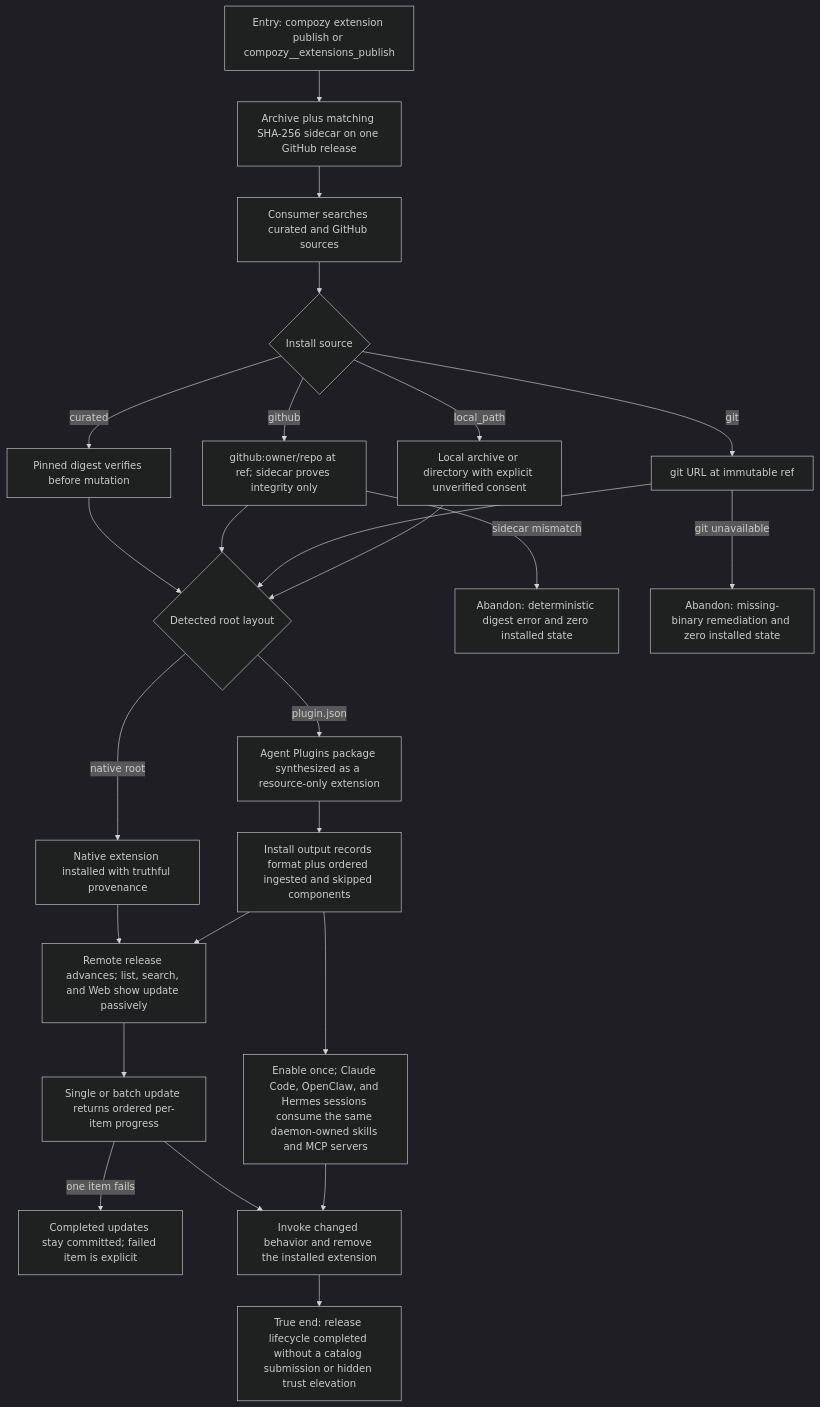
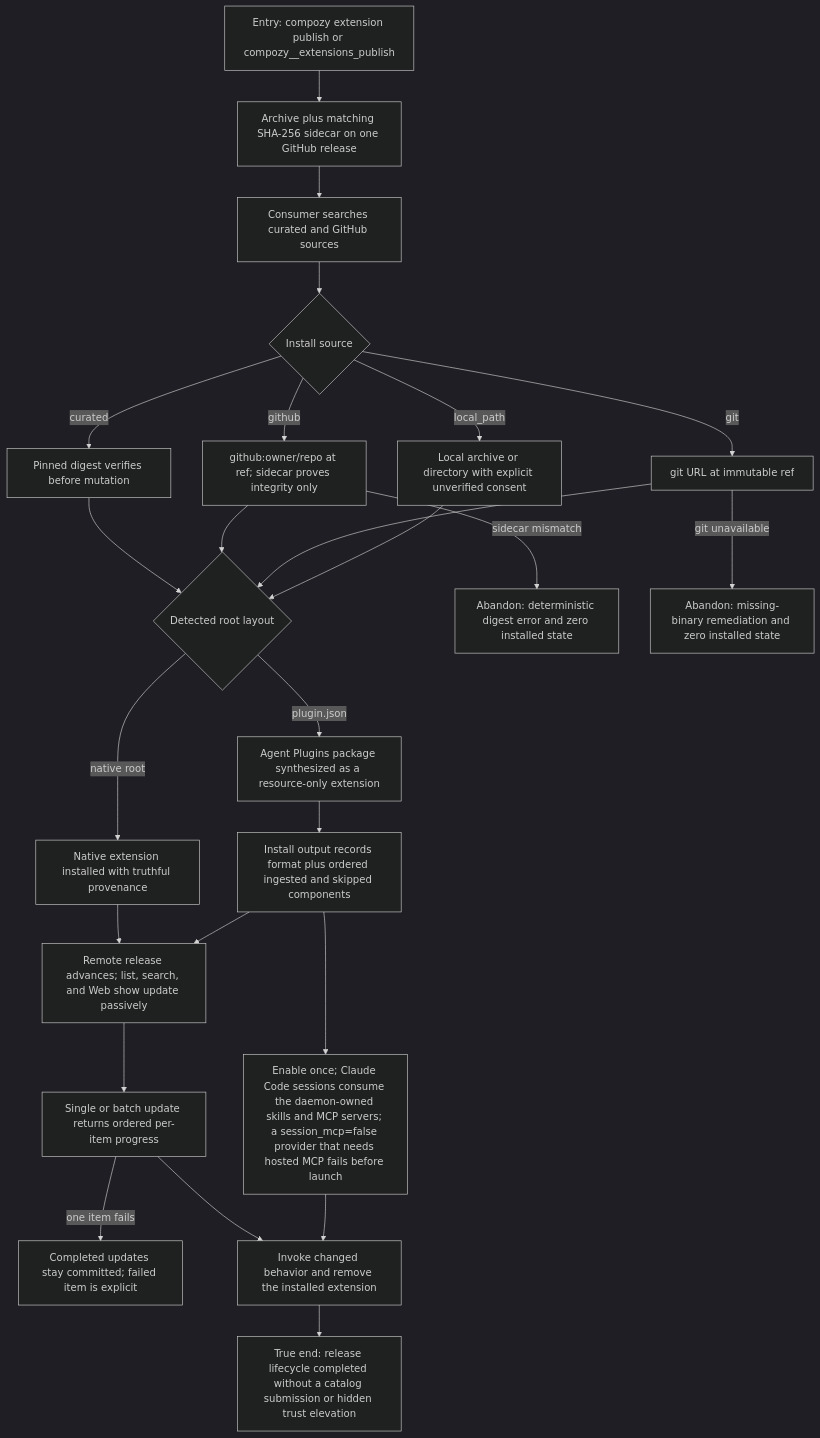
The diagram in docs/qa/journeys/J-extension-distribution.md (compozy/compozy), drawn with Mermaid (dark theme) before and after one commit. The commit also changed other lines of this file and 107 other files, not shown here.

````diff
--- a/docs/qa/journeys/J-extension-distribution.md
+++ b/docs/qa/journeys/J-extension-distribution.md
@@ -7,27 +7,27 @@
 ```mermaid
 flowchart TD
   A[Entry: compozy extension publish or compozy__extensions_publish] --> B[Archive plus matching SHA-256 sidecar on one GitHub release]
   B --> C[Consumer searches curated and GitHub sources]
   C --> D{Install source}
   D -->|curated| D1[Pinned digest verifies before mutation]
   D -->|github| D2[github:owner/repo at ref; sidecar proves integrity only]
   D -->|git| D3[git URL at immutable ref]
   D -->|local_path| D4[Local archive or directory with explicit unverified consent]
   D1 --> E{Detected root layout}
   D2 --> E
   D3 --> E
   D4 --> E
   E -->|native root| E1[Native extension installed with truthful provenance]
   E -->|plugin.json| E2[Agent Plugins package synthesized as a resource-only extension]
   E2 --> E3[Install output records format plus ordered ingested and skipped components]
   D2 -->|sidecar mismatch| X1[Abandon: deterministic digest error and zero installed state]
   D3 -->|git unavailable| X2[Abandon: missing-binary remediation and zero installed state]
   E1 --> F[Remote release advances; list, search, and Web show update passively]
   E3 --> F
   F --> G[Single or batch update returns ordered per-item progress]
   G -->|one item fails| G1[Completed updates stay committed; failed item is explicit]
   G --> H[Invoke changed behavior and remove the installed extension]
-  E3 --> P[Enable once; Claude Code, OpenClaw, and Hermes sessions consume the same daemon-owned skills and MCP servers]
+  E3 --> P[Enable once; Claude Code sessions consume the daemon-owned skills and MCP servers; a session_mcp=false provider that needs hosted MCP fails before launch]
   P --> H
   H --> Z[True end: release lifecycle completed without a catalog submission or hidden trust elevation]
 ```
````
